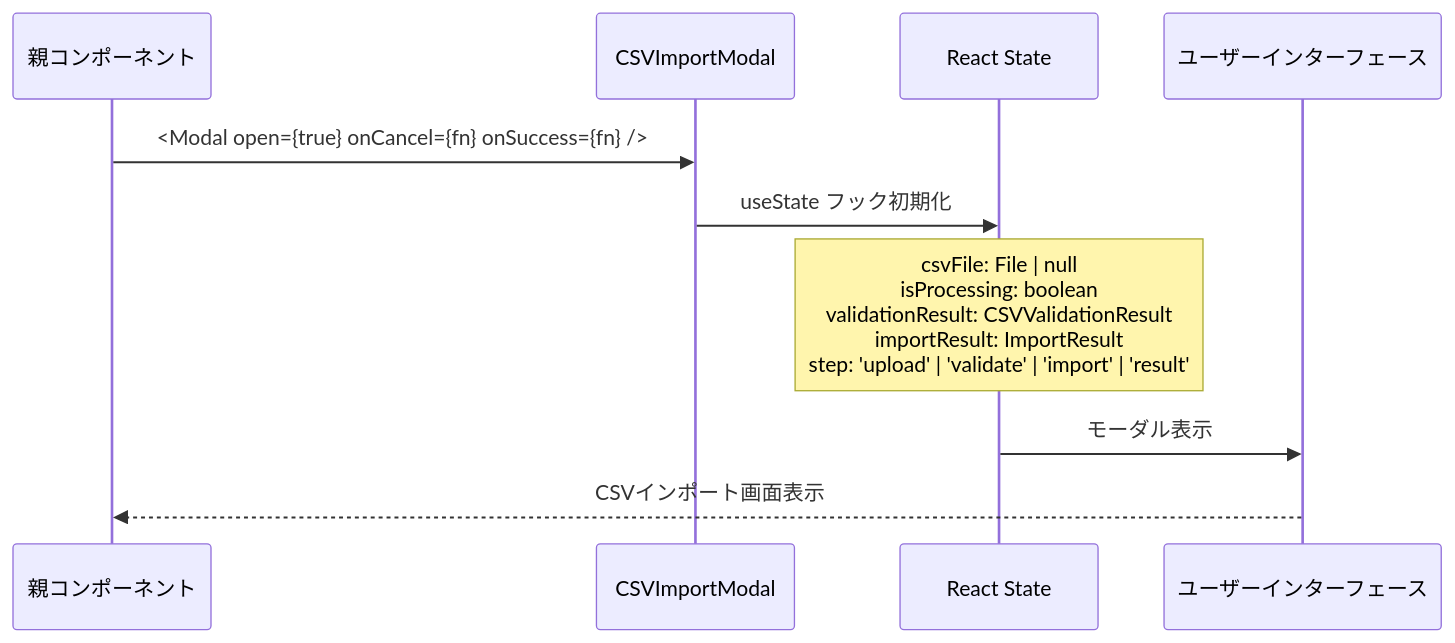
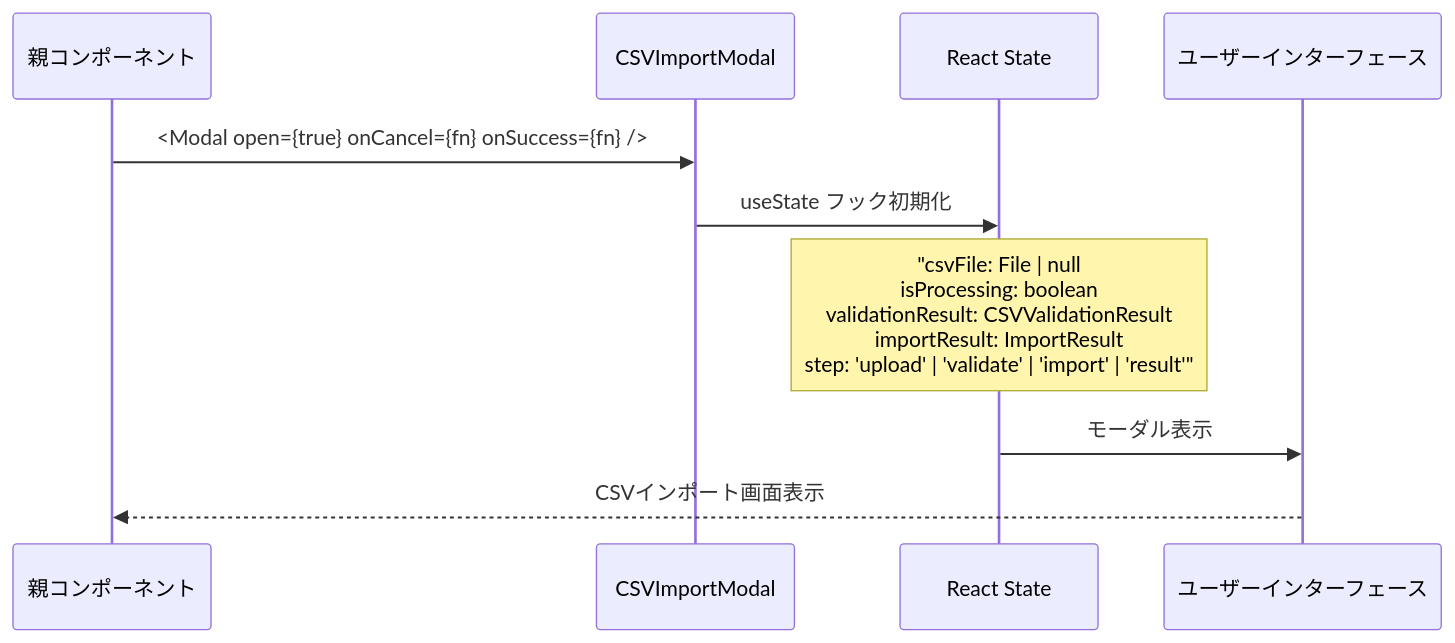
Before and after one commit to wasabi49/ocs-systemDevelopmentExercises: the first of 11 diagrams in document/components/sequence/Modal.md, drawn with Mermaid. The commit also changed other lines of this file and 42 other files, not shown here.

First line of the commit message:
fix: mermaidシーケンス図のNote over文でダブルクォーテーション不足を修正

````diff
--- a/document/components/sequence/Modal.md
+++ b/document/components/sequence/Modal.md
@@ -8,14 +8,14 @@
 ```mermaid
 sequenceDiagram
     participant Parent as 親コンポーネント
     participant Modal as CSVImportModal
     participant State as React State
     participant UI as ユーザーインターフェース
 
     Parent->>Modal: <Modal open={true} onCancel={fn} onSuccess={fn} />
     Modal->>State: useState フック初期化
-    Note over State: csvFile: File | null<br/>isProcessing: boolean<br/>validationResult: CSVValidationResult<br/>importResult: ImportResult<br/>step: 'upload' | 'validate' | 'import' | 'result'
+    Note over State: "csvFile: File | null<br/>isProcessing: boolean<br/>validationResult: CSVValidationResult<br/>importResult: ImportResult<br/>step: 'upload' | 'validate' | 'import' | 'result'"
     
     State->>UI: モーダル表示
     UI-->>Parent: CSVインポート画面表示
 ```
````
